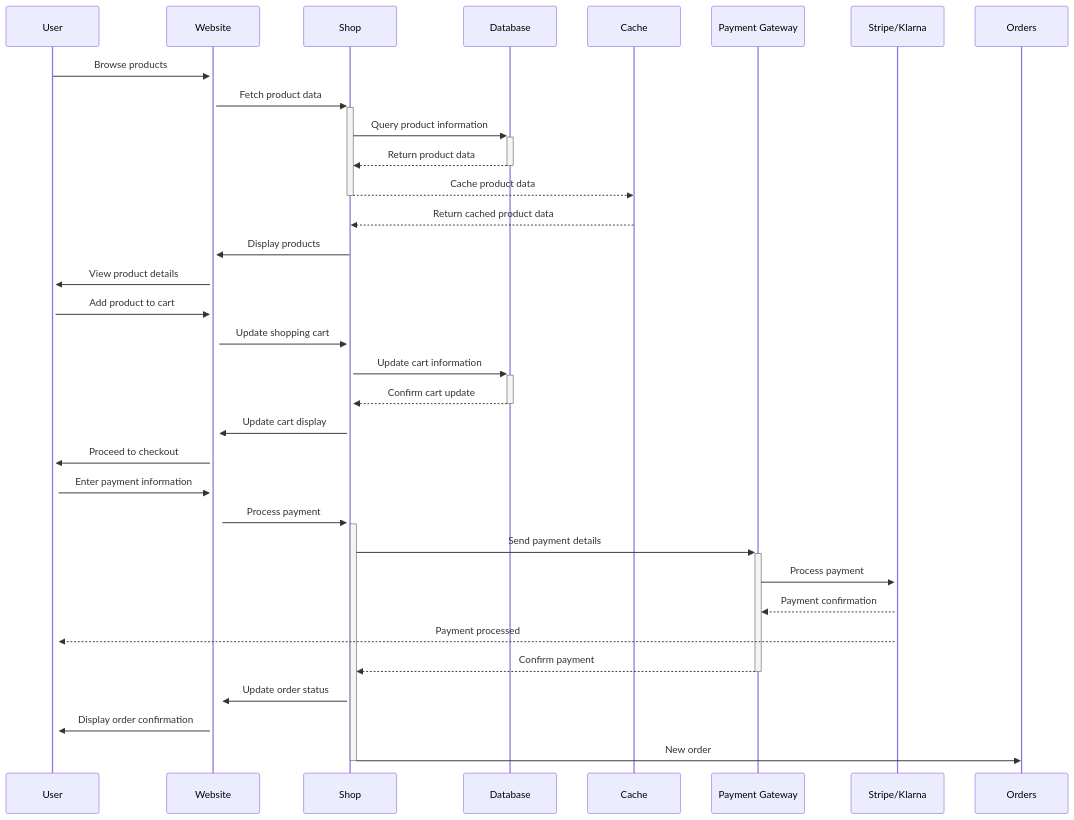
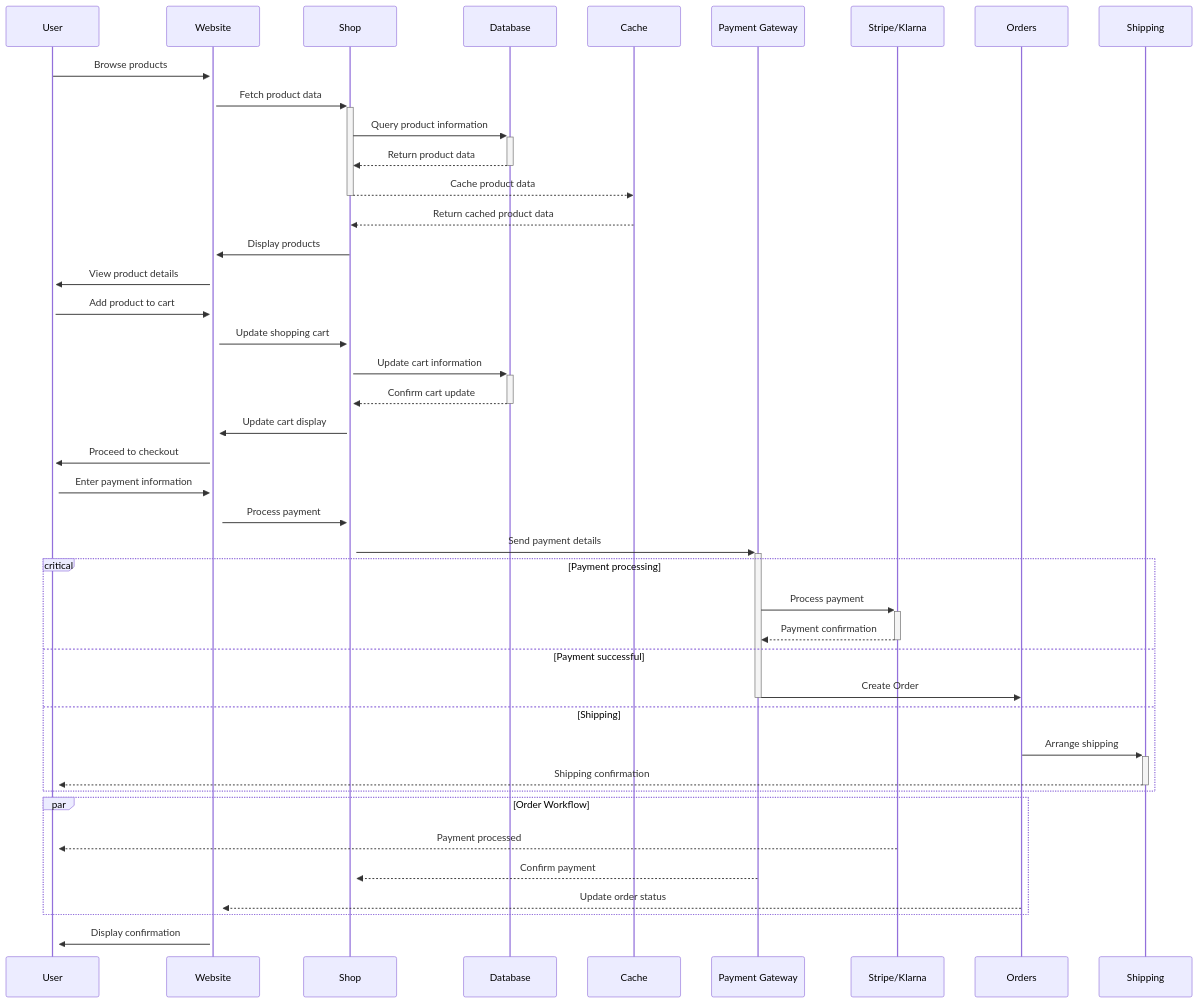
Before and after one commit to Zadigo/mycommerce: the second of 3 diagrams in ARCHITECTURE.md, drawn with Mermaid.

Commit message:
Refactor architecture file

````diff
--- a/ARCHITECTURE.md
+++ b/ARCHITECTURE.md
@@ -87,28 +87,40 @@
 ```mermaid
 sequenceDiagram
     User->>+Website: Browse products
     Website->>+Shop: Fetch product data
     Shop->>+Database: Query product information
     Database-->>-Shop: Return product data
     Shop-->>-Cache: Cache product data
     Cache-->>Shop: Return cached product data
     Shop->>Website: Display products
     Website->>+User: View product details
+
     User->>+Website: Add product to cart
     Website->>+Shop: Update shopping cart
     Shop->>+Database: Update cart information
     Database-->>-Shop: Confirm cart update
     Shop->>Website: Update cart display
     Website->>+User: Proceed to checkout
+
     User->>+Website: Enter payment information
     Website->>+Shop: Process payment
     Shop->>+Payment Gateway: Send payment details
-    Payment Gateway->>+Stripe/Klarna: Process payment
-    Stripe/Klarna-->>Payment Gateway: Payment confirmation
-    Stripe/Klarna-->>User: Payment processed
-    Payment Gateway-->>-Shop: Confirm payment
-    Shop->>Website: Update order status
-    Website->>+User: Display order confirmation
-    Shop->>-Orders: New order
+    
+    critical Payment processing
+        Payment Gateway->>+Stripe/Klarna: Process payment
+        Stripe/Klarna-->>-Payment Gateway: Payment confirmation    
+    option Payment successful
+        Payment Gateway->>-Orders: Create Order
+    option Shipping
+        Orders->>+Shipping: Arrange shipping
+        Shipping-->>-User: Shipping confirmation
+    end
+    
+    par Order Workflow
+        Stripe/Klarna-->>User: Payment processed
+        Payment Gateway-->>Shop: Confirm payment
+        Orders-->>Website: Update order status
+    end
 
+    Website->>User: Display confirmation
 ```
````
